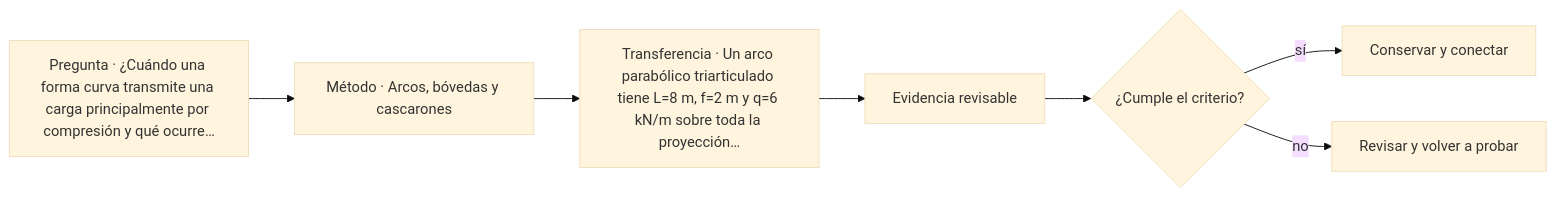
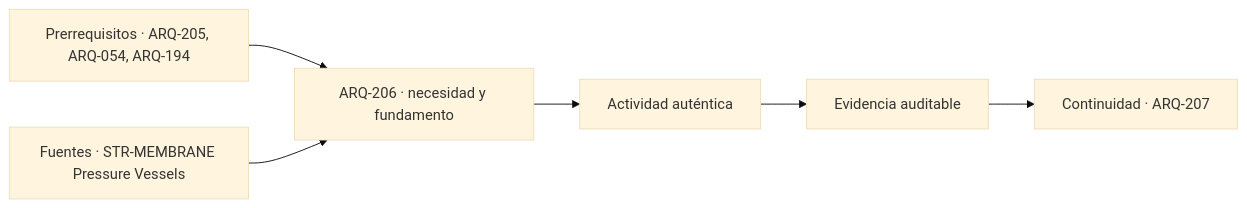
One commit to vladimiracunadev-create/architecture-built-environment-learning-program changed the diagram in classes/parte-21/ARQ-206.md. Above: the diagram before and after it, drawn with Mermaid (base theme). The commit also changed other lines of this file and 761 other files, not shown here.

````diff
--- a/classes/parte-21/ARQ-206.md
+++ b/classes/parte-21/ARQ-206.md
@@ -116,9 +128,8 @@
 ```mermaid
 flowchart LR
-    Q["Pregunta · ¿Cuándo una forma curva transmite una carga principalmente por compresión y qué ocurre…"] --> M["Método · Arcos, bóvedas y cascarones"]
-    M --> P["Transferencia · Un arco parabólico triarticulado tiene L=8 m, f=2 m y q=6 kN/m sobre toda la proyección…"]
-    P --> E["Evidencia revisable"]
-    E --> C{"¿Cumple el criterio?"}
-    C -->|sí| T["Conservar y conectar"]
-    C -->|no| R["Revisar y volver a probar"]
+    A["Prerrequisitos · ARQ-205, ARQ-054, ARQ-194"] --> B["ARQ-206 · necesidad y fundamento"]
+    S["Fuentes · STR-MEMBRANE Pressure Vessels"] --> B
+    B --> C["Actividad auténtica"]
+    C --> D["Evidencia auditable"]
+    D --> E["Continuidad · ARQ-207"]
 ```
````
